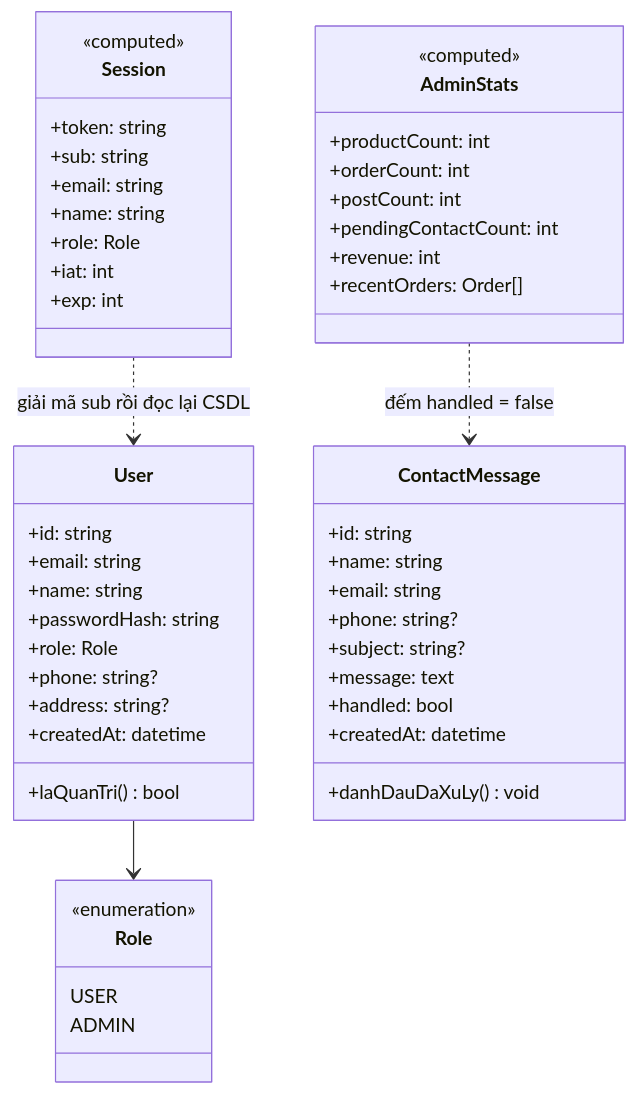
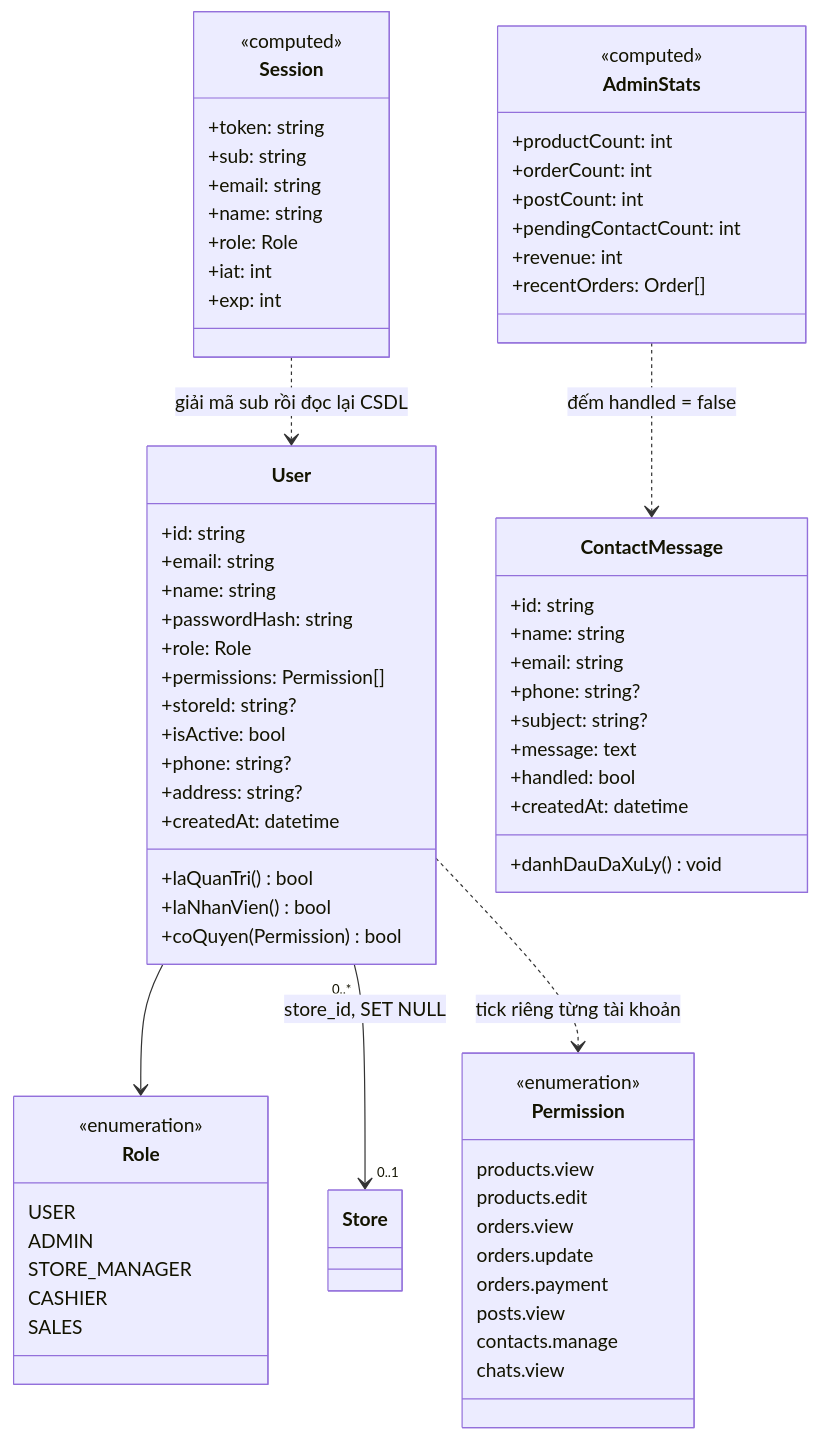
Before and after one commit to ngvuowng/doan: diagram 45 of 51 in docs/SRS.md, drawn with Mermaid. The commit also changed other lines of this file and 63 other files, not shown here.

````diff
--- a/docs/SRS.md
+++ b/docs/SRS.md
@@ -2368,59 +2467,81 @@
 ```mermaid
 classDiagram
     direction TB
 
     class User {
         +id: string
         +email: string
         +name: string
         +passwordHash: string
         +role: Role
+        +permissions: Permission[]
+        +storeId: string?
+        +isActive: bool
         +phone: string?
         +address: string?
         +createdAt: datetime
         +laQuanTri() bool
+        +laNhanVien() bool
+        +coQuyen(Permission) bool
     }
 
     class Role {
         <<enumeration>>
         USER
         ADMIN
+        STORE_MANAGER
+        CASHIER
+        SALES
+    }
+
+    class Permission {
+        <<enumeration>>
+        products.view
+        products.edit
+        orders.view
+        orders.update
+        orders.payment
+        posts.view
+        contacts.manage
+        chats.view
     }
 
     class Session {
         <<computed>>
         +token: string
         +sub: string
         +email: string
         +name: string
         +role: Role
         +iat: int
         +exp: int
     }
 
     class ContactMessage {
         +id: string
         +name: string
         +email: string
         +phone: string?
         +subject: string?
         +message: text
         +handled: bool
         +createdAt: datetime
         +danhDauDaXuLy() void
     }
 
     class AdminStats {
         <<computed>>
         +productCount: int
         +orderCount: int
         +postCount: int
         +pendingContactCount: int
         +revenue: int
         +recentOrders: Order[]
     }
 
     User --> Role
+    User "0..*" --> "0..1" Store : store_id, SET NULL
+    User ..> Permission : tick riêng từng tài khoản
     Session ..> User : giải mã sub rồi đọc lại CSDL
     AdminStats ..> ContactMessage : đếm handled = false
 ```
````
